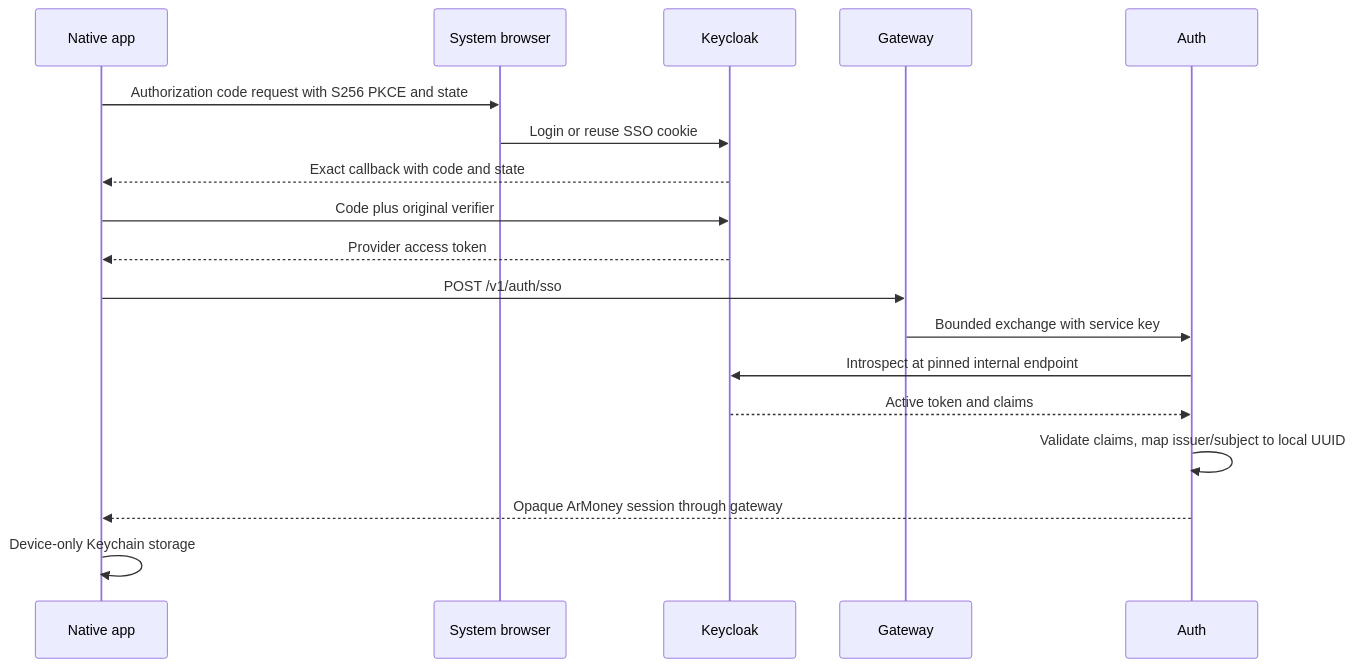
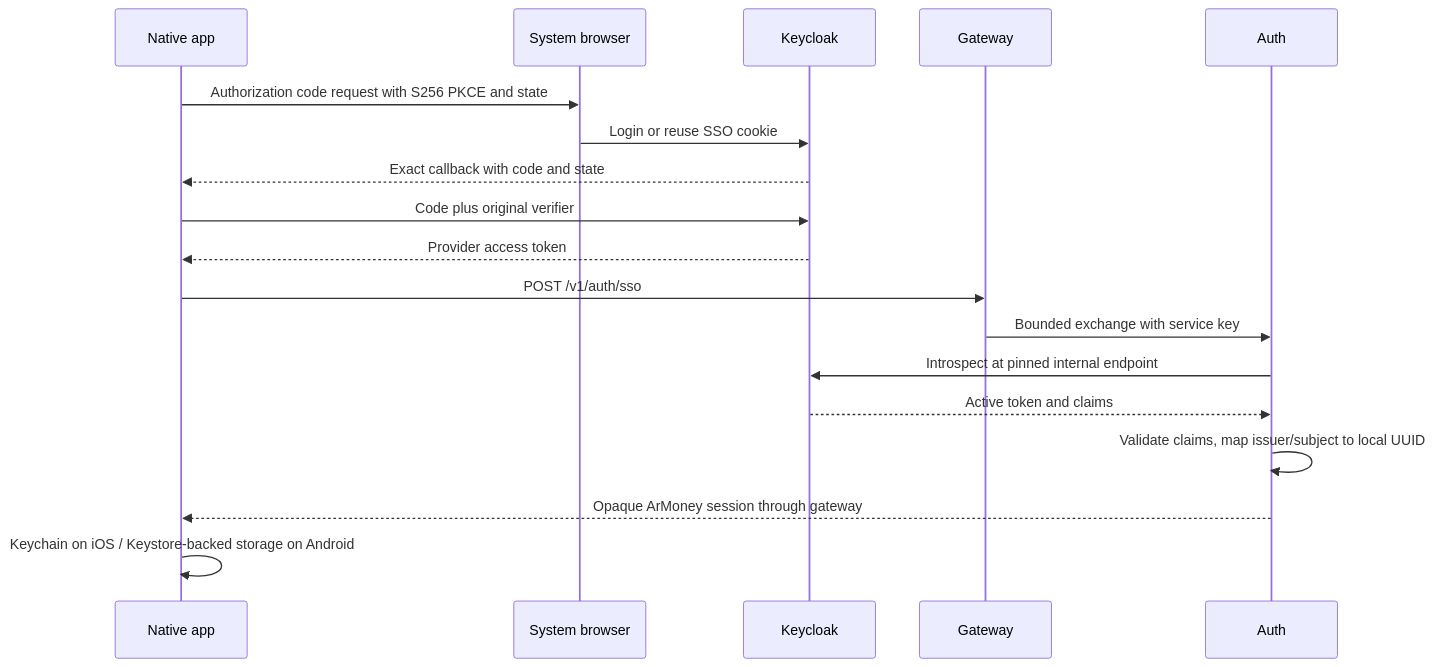
The fifth of 14 diagrams in ARCHITECTURE.md (aarbabaev/ArMoney), drawn with Mermaid before and after one commit. The commit also changed other lines of this file and 41 other files, not shown here.

````diff
--- a/ARCHITECTURE.md
+++ b/ARCHITECTURE.md
@@ -150,20 +153,20 @@
 ```mermaid
 sequenceDiagram
     participant I as Native app
     participant B as System browser
     participant K as Keycloak
     participant G as Gateway
     participant A as Auth
     I->>B: Authorization code request with S256 PKCE and state
     B->>K: Login or reuse SSO cookie
     K-->>I: Exact callback with code and state
     I->>K: Code plus original verifier
     K-->>I: Provider access token
     I->>G: POST /v1/auth/sso
     G->>A: Bounded exchange with service key
     A->>K: Introspect at pinned internal endpoint
     K-->>A: Active token and claims
     A->>A: Validate claims, map issuer/subject to local UUID
     A-->>I: Opaque ArMoney session through gateway
-    I->>I: Device-only Keychain storage
+    I->>I: Keychain on iOS / Keystore-backed storage on Android
 ```
````
